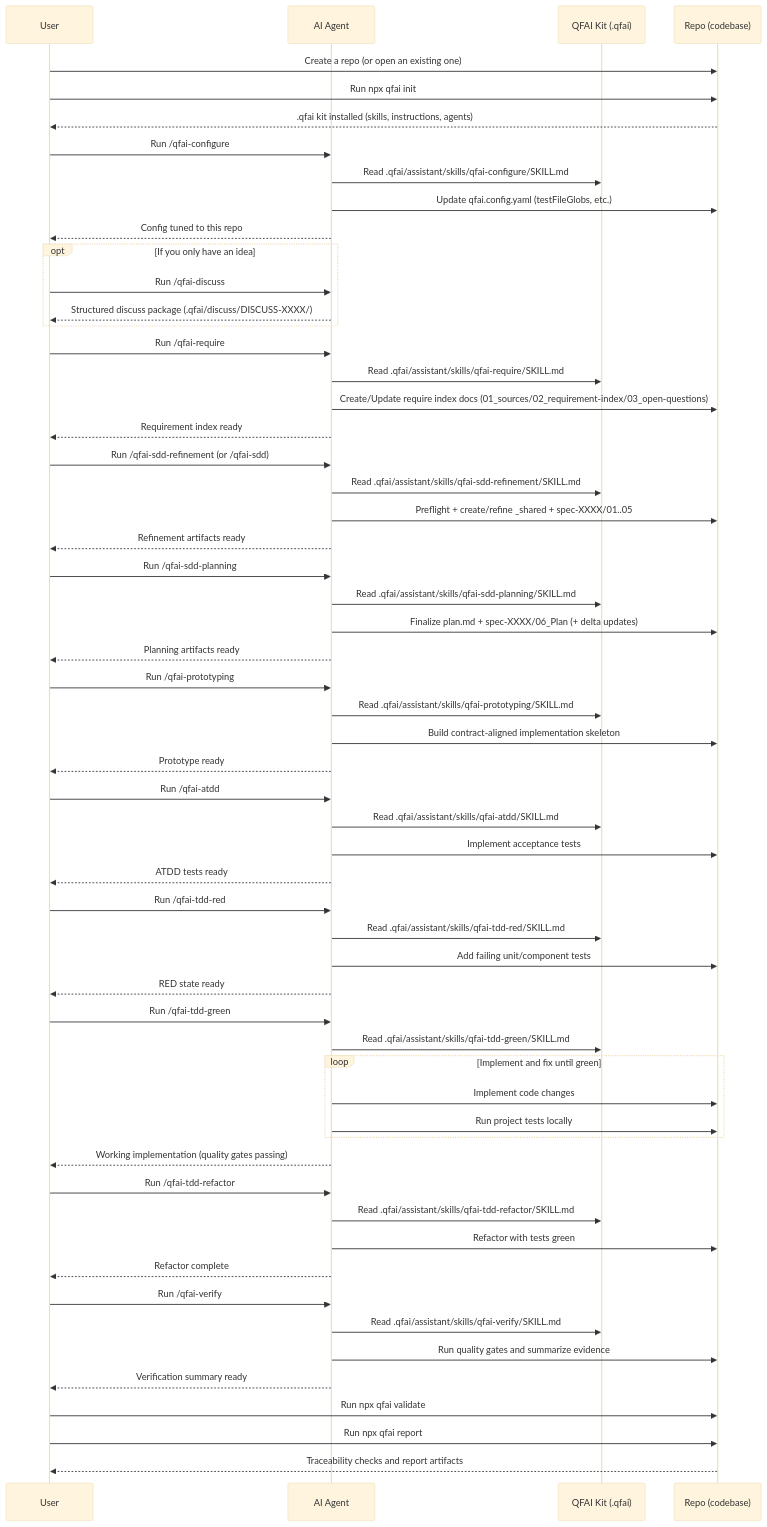
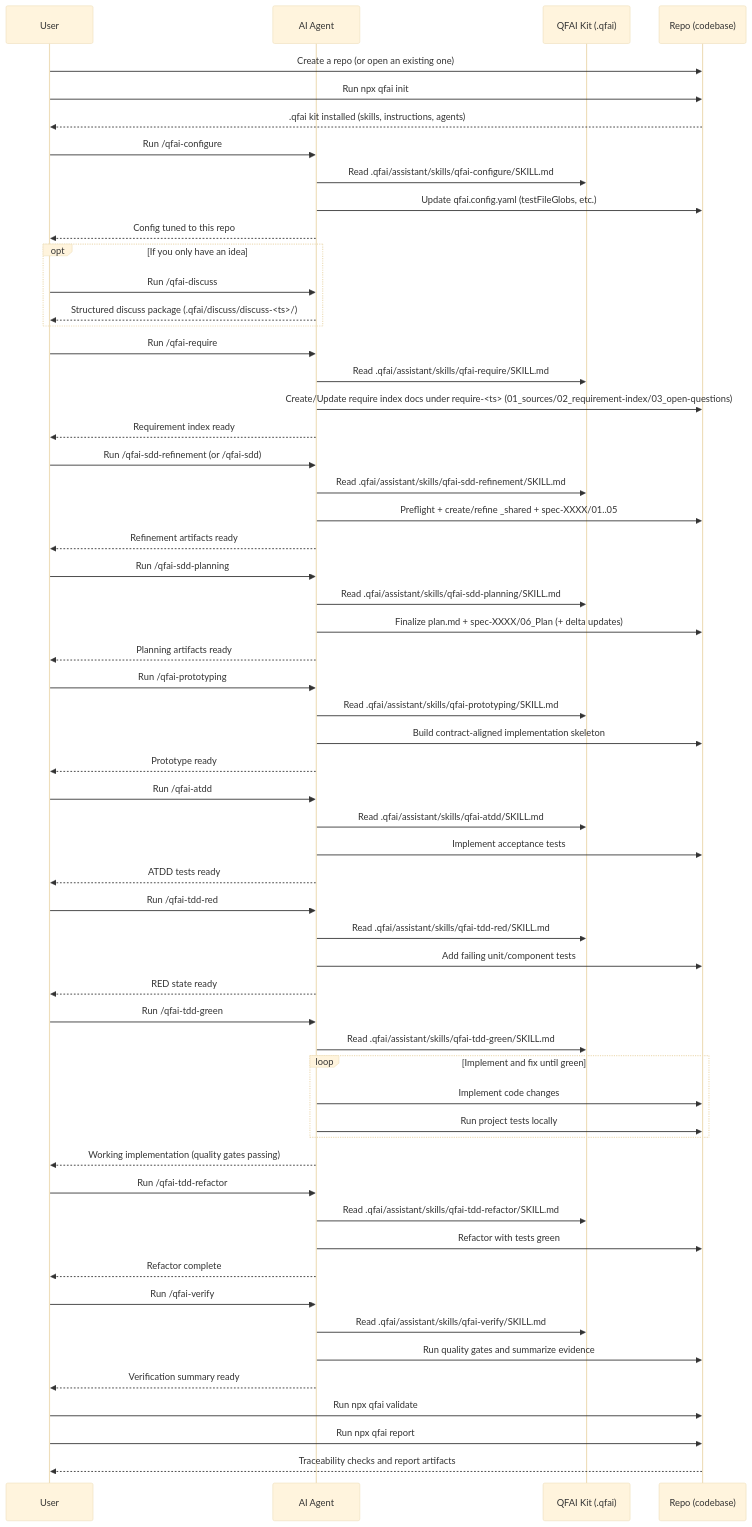
The first of 2 diagrams in packages/qfai/README.md (aganesy/QFAI), drawn with Mermaid (base theme) before and after one commit. The commit also changed other lines of this file and 25 other files, not shown here.

Commit message:
docs(skills): unify discuss/require paths to timestamp packs

````diff
--- a/packages/qfai/README.md
+++ b/packages/qfai/README.md
@@ -74,73 +74,73 @@
 ```mermaid
 sequenceDiagram
 participant U as User
 participant AG as AI Agent
 participant Q as QFAI Kit (.qfai)
 participant R as Repo (codebase)
 
 U->>R: Create a repo (or open an existing one)
 U->>R: Run npx qfai init
 R-->>U: .qfai kit installed (skills, instructions, agents)
 
 U->>AG: Run /qfai-configure
 AG->>Q: Read .qfai/assistant/skills/qfai-configure/SKILL.md
 AG->>R: Update qfai.config.yaml (testFileGlobs, etc.)
 AG-->>U: Config tuned to this repo
 
 opt If you only have an idea
 U->>AG: Run /qfai-discuss
-AG-->>U: Structured discuss package (.qfai/discuss/DISCUSS-XXXX/)
+AG-->>U: Structured discuss package (.qfai/discuss/discuss-<ts>/)
 end
 
 U->>AG: Run /qfai-require
 AG->>Q: Read .qfai/assistant/skills/qfai-require/SKILL.md
-AG->>R: Create/Update require index docs (01_sources/02_requirement-index/03_open-questions)
+AG->>R: Create/Update require index docs under require-<ts> (01_sources/02_requirement-index/03_open-questions)
 AG-->>U: Requirement index ready
 
 U->>AG: Run /qfai-sdd-refinement (or /qfai-sdd)
 AG->>Q: Read .qfai/assistant/skills/qfai-sdd-refinement/SKILL.md
 AG->>R: Preflight + create/refine _shared + spec-XXXX/01..05
 AG-->>U: Refinement artifacts ready
 
 U->>AG: Run /qfai-sdd-planning
 AG->>Q: Read .qfai/assistant/skills/qfai-sdd-planning/SKILL.md
 AG->>R: Finalize plan.md + spec-XXXX/06_Plan (+ delta updates)
 AG-->>U: Planning artifacts ready
 
 U->>AG: Run /qfai-prototyping
 AG->>Q: Read .qfai/assistant/skills/qfai-prototyping/SKILL.md
 AG->>R: Build contract-aligned implementation skeleton
 AG-->>U: Prototype ready
 
 U->>AG: Run /qfai-atdd
 AG->>Q: Read .qfai/assistant/skills/qfai-atdd/SKILL.md
 AG->>R: Implement acceptance tests
 AG-->>U: ATDD tests ready
 
 U->>AG: Run /qfai-tdd-red
 AG->>Q: Read .qfai/assistant/skills/qfai-tdd-red/SKILL.md
 AG->>R: Add failing unit/component tests
 AG-->>U: RED state ready
 
 U->>AG: Run /qfai-tdd-green
 AG->>Q: Read .qfai/assistant/skills/qfai-tdd-green/SKILL.md
 loop Implement and fix until green
 AG->>R: Implement code changes
 AG->>R: Run project tests locally
 end
 AG-->>U: Working implementation (quality gates passing)
 
 U->>AG: Run /qfai-tdd-refactor
 AG->>Q: Read .qfai/assistant/skills/qfai-tdd-refactor/SKILL.md
 AG->>R: Refactor with tests green
 AG-->>U: Refactor complete
 
 U->>AG: Run /qfai-verify
 AG->>Q: Read .qfai/assistant/skills/qfai-verify/SKILL.md
 AG->>R: Run quality gates and summarize evidence
 AG-->>U: Verification summary ready
 
 U->>R: Run npx qfai validate
 U->>R: Run npx qfai report
 R-->>U: Traceability checks and report artifacts
 ```
````
